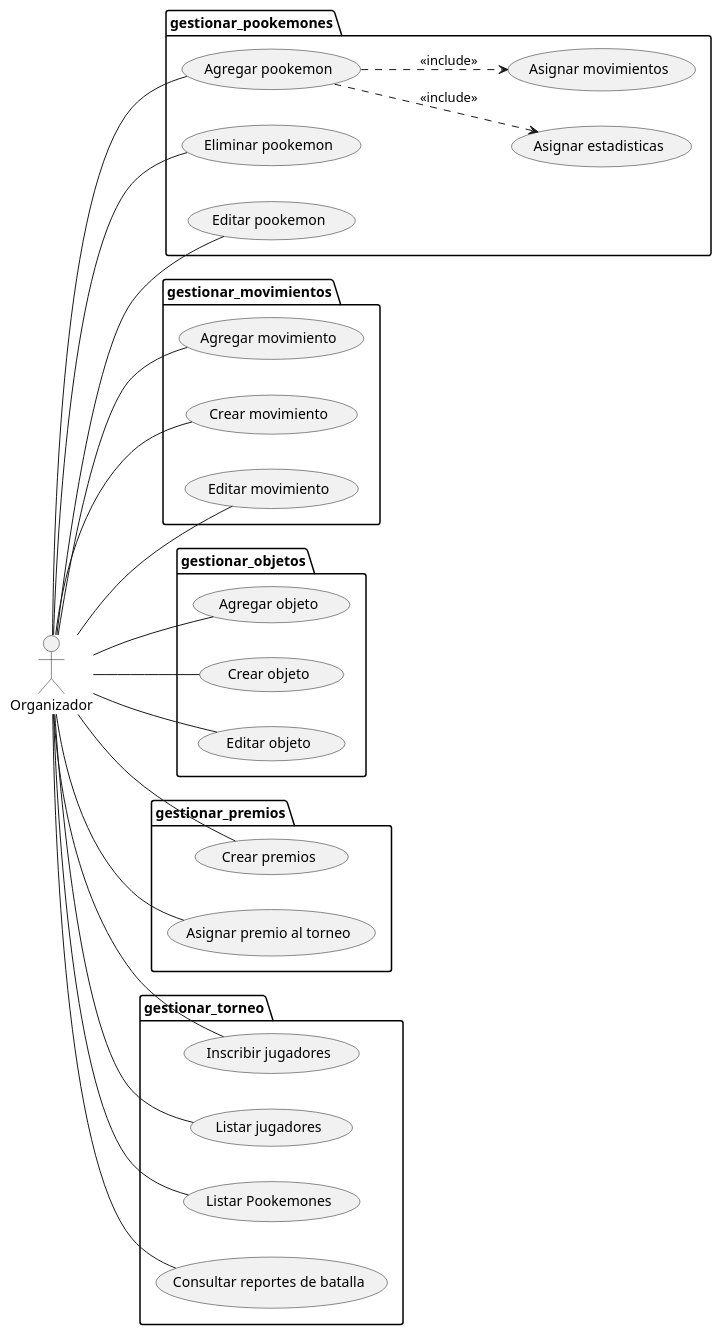
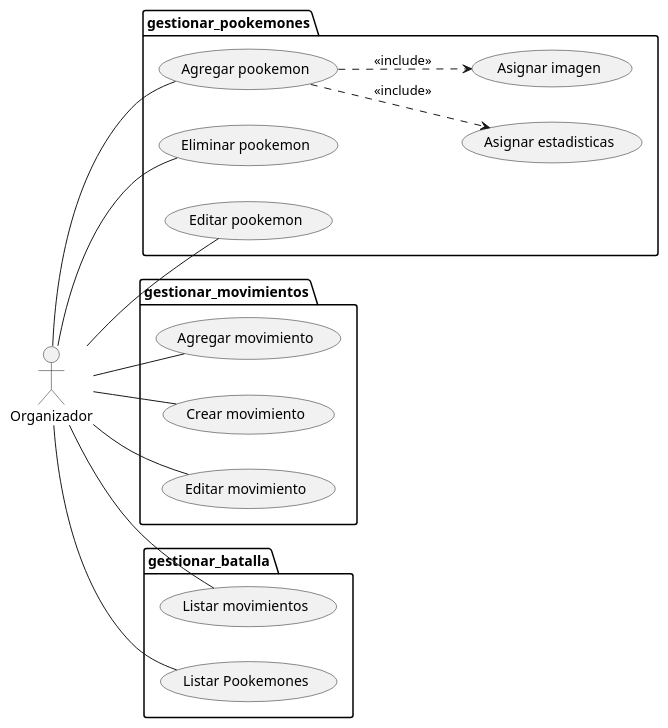
Before and after one commit to Edmh1/Poo-Kemon-proyecto: the diagram in 5 diagramas de casos de uso/Organizador.plantuml, drawn with PlantUML. The commit also changed 1 other file, not shown here.

Commit message:
Diagrama de uso Jugador - Organizador Listo

```diff
--- a/5 diagramas de casos de uso/Organizador.plantuml
+++ b/5 diagramas de casos de uso/Organizador.plantuml
@@ -1,62 +1,40 @@
 @startuml Organizador
 
 left to right direction
 
 actor Organizador
 
 package gestionar_pookemones{
     usecase "Agregar pookemon" as agrPoo
     usecase "Asignar estadisticas" as asiEst
-    usecase "Asignar movimientos" as asiMov
+    usecase "Asignar imagen" as asiImag 
     usecase "Eliminar pookemon" as eliPoo
     usecase "Editar pookemon" as ediPoo
 }
 
 Organizador -- agrPoo
 agrPoo ..> asiEst: <<include>>
-agrPoo ..> asiMov: <<include>>
+agrPoo ..> asiImag: <<include>>
 Organizador -- ediPoo
 Organizador -- eliPoo
 
 package gestionar_movimientos{
     usecase "Agregar movimiento" as agrMov
     usecase "Crear movimiento" as creMov
     usecase "Editar movimiento" as ediMov
 }
 
 Organizador -- agrMov
 Organizador -- creMov
 Organizador -- ediMov
 
-package gestionar_objetos{
-    usecase "Agregar objeto" as agrObj
-    usecase "Crear objeto" as creObj
-    usecase "Editar objeto" as edtObj
 
+package gestionar_batalla{
+    usecase "Listar movimientos" as lisMov
+    usecase "Listar Pookemones" as lisPoo
 }
 
-Organizador -- agrObj
-Organizador -- creObj
-Organizador -- edtObj
-
-package gestionar_premios{
-    usecase "Crear premios" as crePre
-    usecase "Asignar premio al torneo" as asiPreTor
-}
-
-Organizador -- crePre
-Organizador -- asiPreTor
-
-package gestionar_torneo{
-    usecase "Inscribir jugadores" as insJug
-    usecase "Listar jugadores" as lisJug
-    usecase "Listar Pookemones" as lisPoo
-    usecase "Consultar reportes de batalla" as verHisBat
-}
-
-Organizador -- insJug
-Organizador -- lisJug
+Organizador -- lisMov
 Organizador -- lisPoo
-Organizador -- verHisBat
 
 @enduml
```
